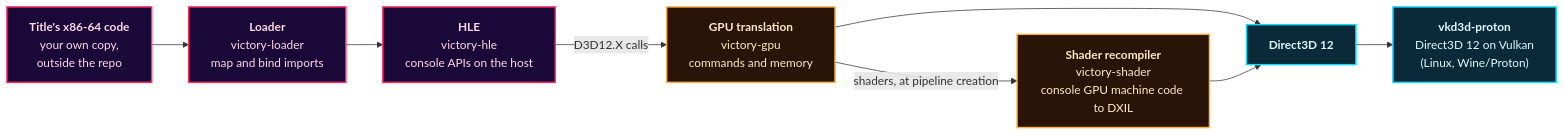
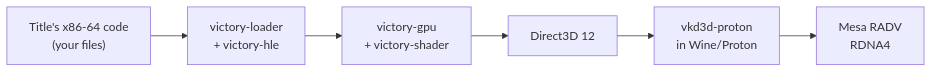
Before and after one commit to oguska/Scarlight: the diagram in README.md, drawn with Mermaid. The commit also changed other lines of this file and 1 other file, not shown here.

Commit message:
docs: say Scarlight is a Linux + AMD RDNA4 first port

````diff
--- a/README.md
+++ b/README.md
@@ -35,16 +29,6 @@
 ```mermaid
 flowchart LR
-    A["<b>Title's x86-64 code</b><br/>your own copy,<br/>outside the repo"] --> B["<b>Loader</b><br/>victory-loader<br/>map and bind imports"]
-    B --> C["<b>HLE</b><br/>victory-hle<br/>console APIs on the host"]
-    C -->|"D3D12.X calls"| D["<b>GPU translation</b><br/>victory-gpu<br/>commands and memory"]
-    D -->|"shaders, at pipeline creation"| E["<b>Shader recompiler</b><br/>victory-shader<br/>console GPU machine code to DXIL"]
-    D --> F["<b>Direct3D 12</b>"]
-    E --> F
-    F --> G["<b>vkd3d-proton</b><br/>Direct3D 12 on Vulkan<br/>(Linux, Wine/Proton)"]
-    classDef hot fill:#1a0838,stroke:#ff2e63,color:#ffd9e6,stroke-width:2px
-    classDef cool fill:#0a2a3a,stroke:#19d8ff,color:#dcfaff,stroke-width:2px
-    classDef warm fill:#2a1408,stroke:#ffb347,color:#ffe9c9,stroke-width:2px
-    class A,B,C hot
-    class D,E warm
-    class F,G cool
+    A["Title's x86-64 code<br/>(your files)"] --> B["victory-loader<br/>+ victory-hle"]
+    B --> C["victory-gpu<br/>+ victory-shader"]
+    C --> D["Direct3D 12"] --> E["vkd3d-proton<br/>in Wine/Proton"] --> F["Mesa RADV<br/>RDNA4"]
 ```
````
